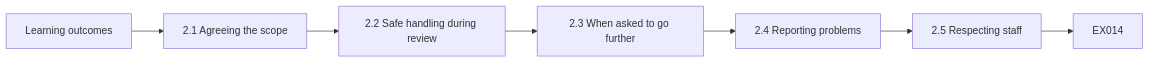
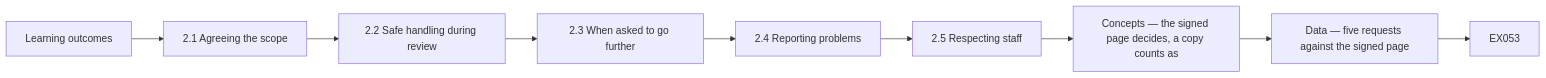
Before and after one commit to hiagokinlevi/CyKin: the fifth of 12 diagrams in levels/rapid-1-month/privacy-data-protection/en/book/MANUSCRIPT.md, drawn with Mermaid. The commit also changed other lines of this file and 1 other file, not shown here.

````diff
--- a/levels/rapid-1-month/privacy-data-protection/en/book/MANUSCRIPT.md
+++ b/levels/rapid-1-month/privacy-data-protection/en/book/MANUSCRIPT.md
@@ -177,10 +240,12 @@
 ```mermaid
 flowchart LR
   N0["Learning outcomes"]
   N1["2.1 Agreeing the scope"]
   N2["2.2 Safe handling during review"]
   N3["2.3 When asked to go further"]
   N4["2.4 Reporting problems"]
   N5["2.5 Respecting staff"]
-  N0 --> N1 --> N2 --> N3 --> N4 --> N5 --> Q["EX014"]
+  N6["Concepts — the signed page decides, a copy counts as"]
+  N7["Data — five requests against the signed page"]
+  N0 --> N1 --> N2 --> N3 --> N4 --> N5 --> N6 --> N7 --> Q["EX053"]
 ```
````
